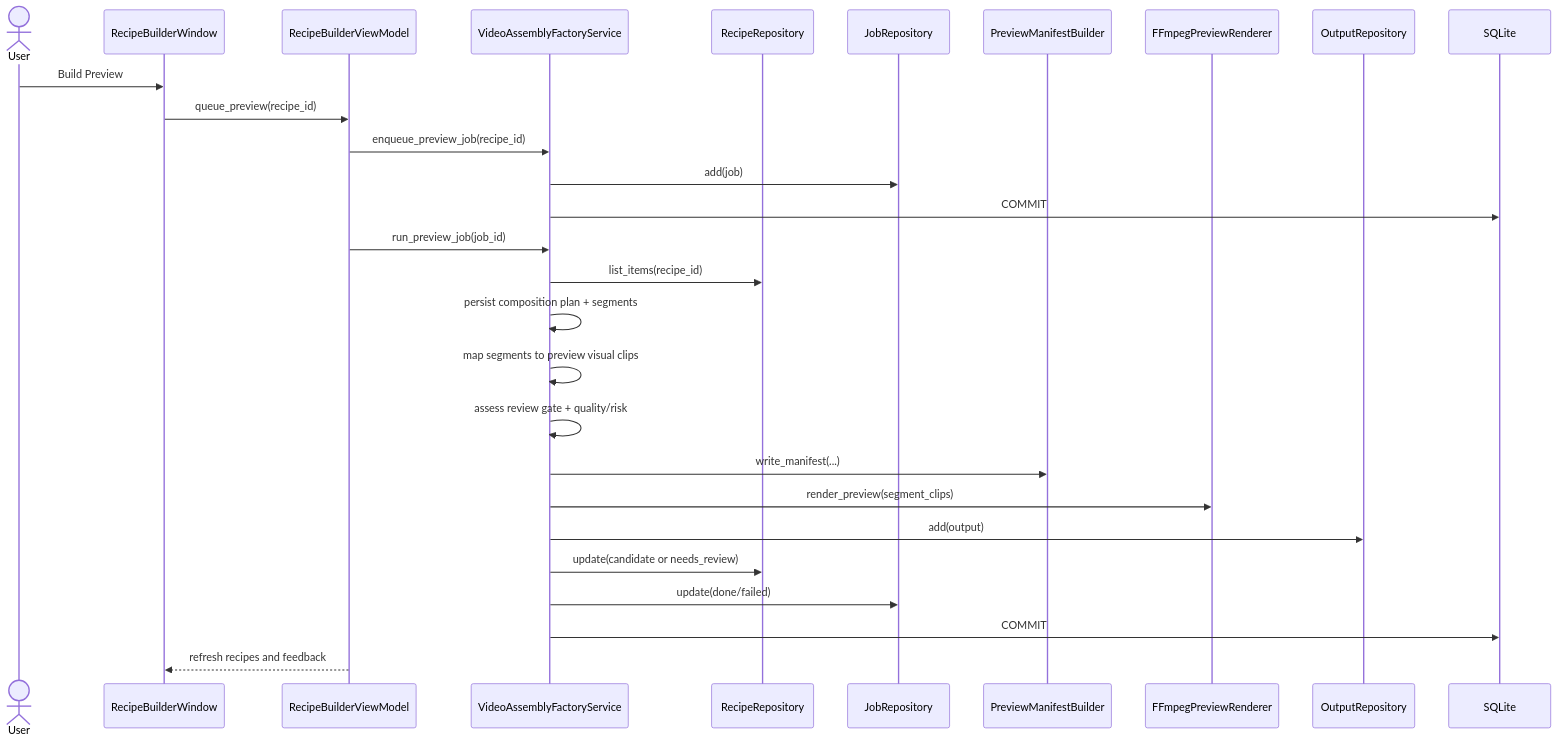
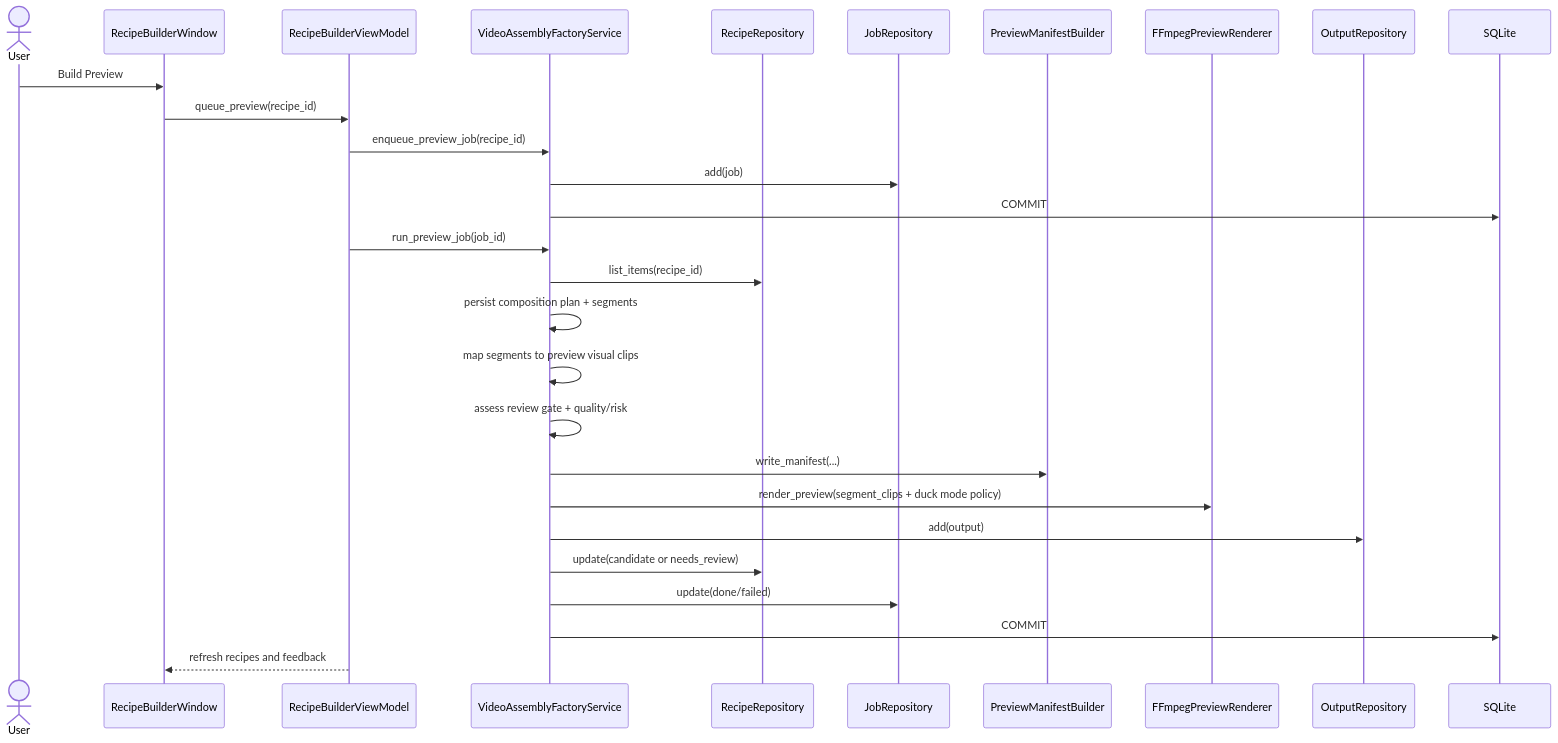
The fourth of 13 diagrams in doc/10_UML_System_Overview.md (idev006/MTClipFactory), drawn with Mermaid before and after one commit. The commit also changed other lines of this file and 23 other files, not shown here.

````diff
--- a/doc/10_UML_System_Overview.md
+++ b/doc/10_UML_System_Overview.md
@@ -295,31 +297,31 @@
 ```mermaid
 sequenceDiagram
     actor User
     participant View as RecipeBuilderWindow
     participant VM as RecipeBuilderViewModel
     participant Factory as VideoAssemblyFactoryService
     participant RecipeRepo as RecipeRepository
     participant JobRepo as JobRepository
     participant Preview as PreviewManifestBuilder
     participant Render as FFmpegPreviewRenderer
     participant Out as OutputRepository
     participant DB as SQLite
 
     User->>View: Build Preview
     View->>VM: queue_preview(recipe_id)
     VM->>Factory: enqueue_preview_job(recipe_id)
     Factory->>JobRepo: add(job)
     Factory->>DB: COMMIT
     VM->>Factory: run_preview_job(job_id)
     Factory->>RecipeRepo: list_items(recipe_id)
     Factory->>Factory: persist composition plan + segments
     Factory->>Factory: map segments to preview visual clips
     Factory->>Factory: assess review gate + quality/risk
     Factory->>Preview: write_manifest(...)
-    Factory->>Render: render_preview(segment_clips)
+    Factory->>Render: render_preview(segment_clips + duck mode policy)
     Factory->>Out: add(output)
     Factory->>RecipeRepo: update(candidate or needs_review)
     Factory->>JobRepo: update(done/failed)
     Factory->>DB: COMMIT
     VM-->>View: refresh recipes and feedback
 ```
````
